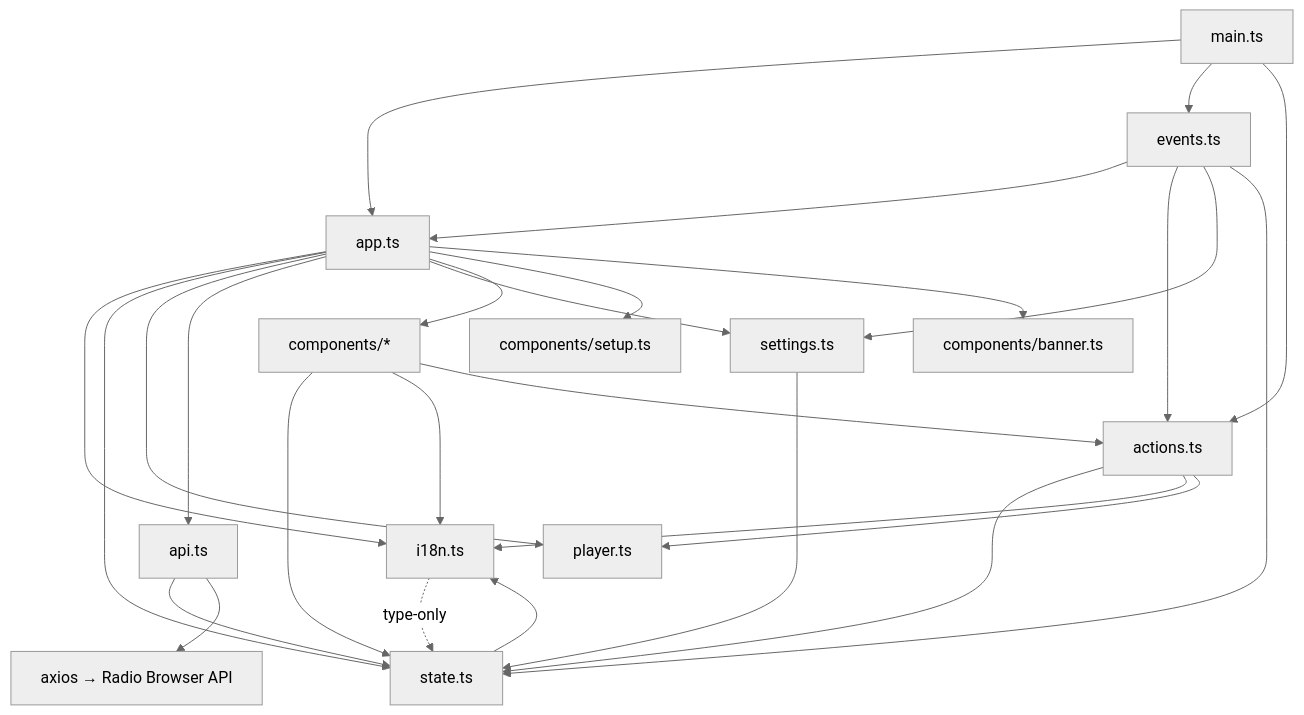
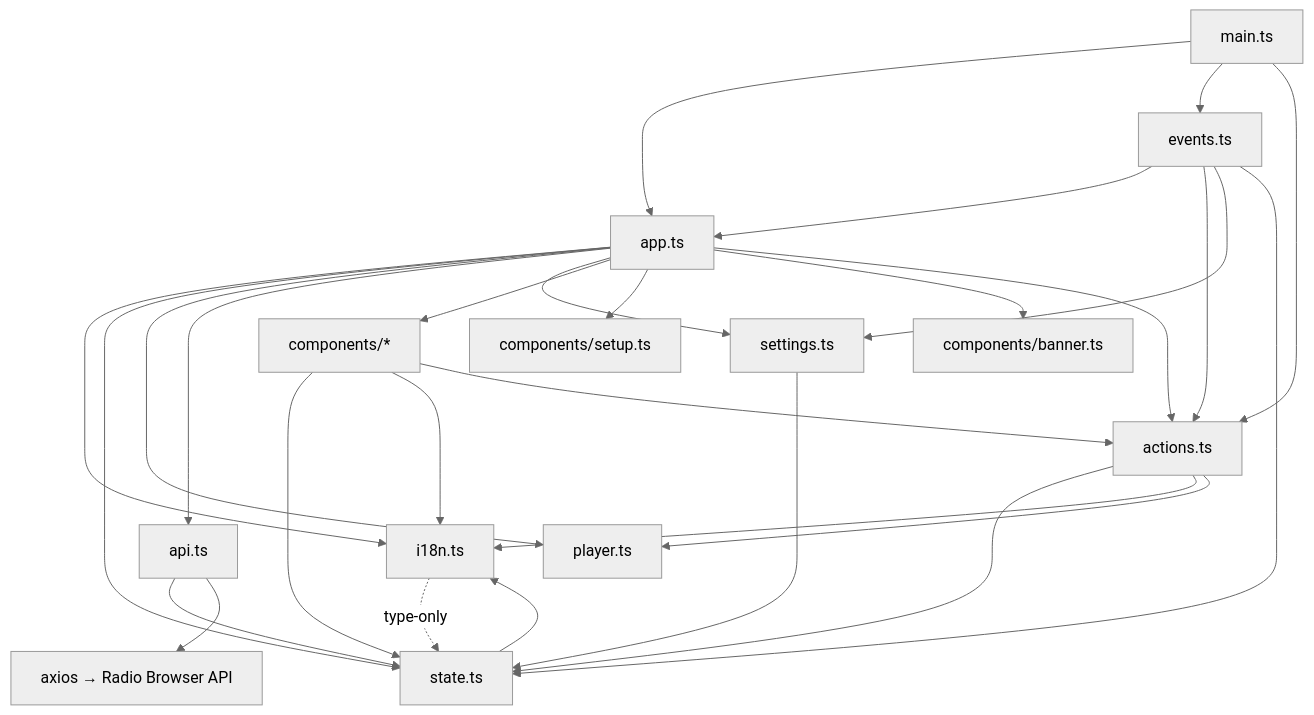
Before and after one commit to Makatumba/after-touch-radio-browser: the diagram in ARCHITECTURE.md, drawn with Mermaid (neutral theme). The commit also changed other lines of this file, not shown here.

Commit message:
docs(architecture): document search result sorting

````diff
--- a/ARCHITECTURE.md
+++ b/ARCHITECTURE.md
@@ -70,29 +70,30 @@
 ```mermaid
 graph TD
     MAIN[main.ts] --> APP[app.ts]
     MAIN --> EVT[events.ts]
     MAIN --> ACT[actions.ts]
     APP --> I18N[i18n.ts]
     APP --> ST[state.ts]
     APP --> PL[player.ts]
     APP --> API[api.ts]
     APP --> SET[settings.ts]
     APP --> COMP[components/*]
     APP --> SETUP[components/setup.ts]
     APP --> BANNER[components/banner.ts]
+    APP --> ACT
     EVT --> APP
     EVT --> ACT
     EVT --> SET
     EVT --> ST
     ACT --> ST
     ACT --> I18N
     ACT --> PL
     API --> ST
     API --> AXIOS[axios → Radio Browser API]
     SET --> ST
     ST --> I18N
     I18N -.-> |type-only| ST
     COMP --> ST
     COMP --> I18N
     COMP --> ACT
 ```
````
